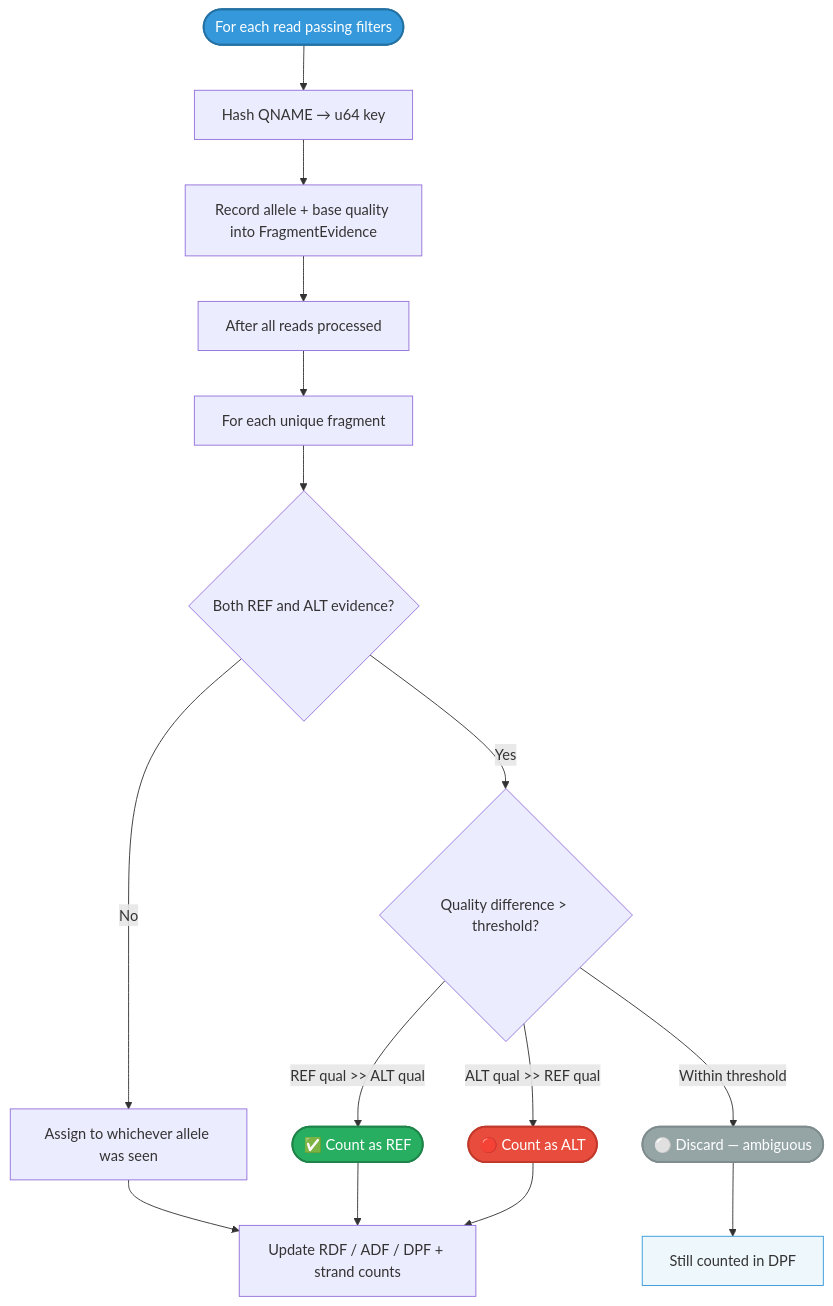
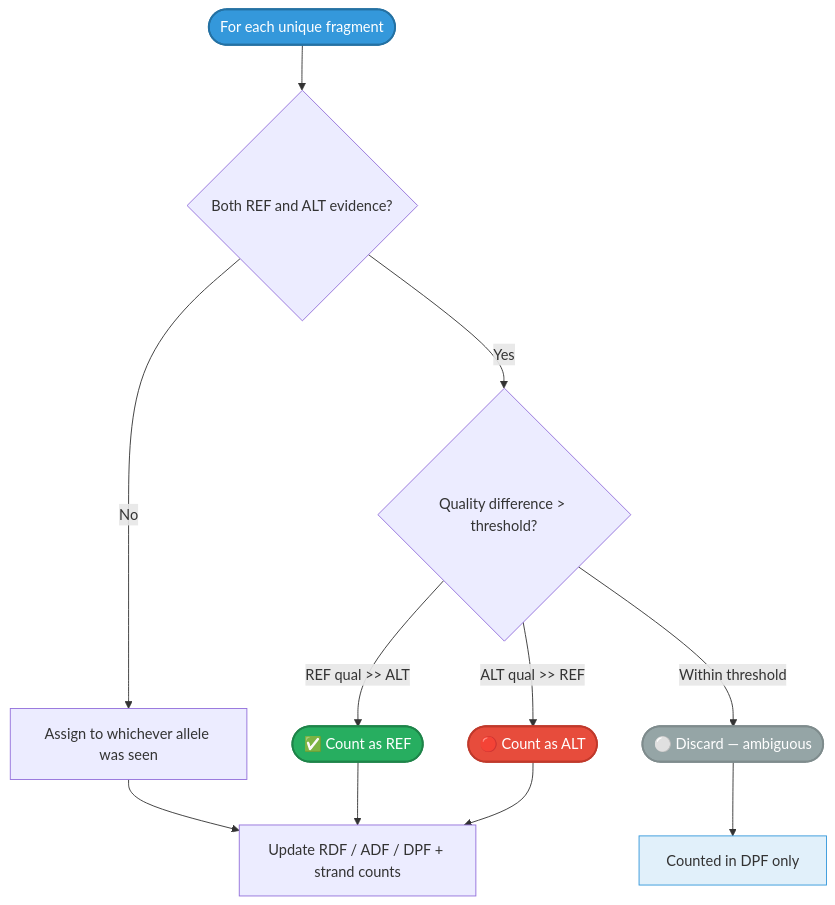
Before and after one commit to msk-access/gbcms: the fourth of 5 diagrams in docs/reference/counting-metrics.md, drawn with Mermaid. The commit also changed other lines of this file and 2 other files, not shown here.

First line of the commit message:
docs: batch 1+2 mermaid diagram improvements

````diff
--- a/docs/reference/counting-metrics.md
+++ b/docs/reference/counting-metrics.md
@@ -78,25 +106,20 @@
 ```mermaid
 flowchart TD
-    Start([For each read passing filters]):::start
-    Start --> Hash["Hash QNAME → u64 key"]
-    Hash --> Observe["Record allele + base quality into FragmentEvidence"]
-    Observe --> Done[After all reads processed]
-    Done --> ForEach[For each unique fragment]
-    ForEach --> HasBoth{Both REF and ALT evidence?}
-    HasBoth -->|No| Direct[Assign to whichever allele was seen]
+    ForEach(["For each unique fragment"]):::start --> HasBoth{"Both REF and ALT evidence?"}
+    HasBoth -->|No| Direct["Assign to whichever allele was seen"]
     HasBoth -->|Yes| QualCheck{"Quality difference > threshold?"}
-    QualCheck -->|"REF qual >> ALT qual"| Ref([✅ Count as REF]):::ref
-    QualCheck -->|"ALT qual >> REF qual"| Alt([🔴 Count as ALT]):::alt
-    QualCheck -->|"Within threshold"| Discard([⚪ Discard — ambiguous]):::discard
+    QualCheck -->|"REF qual >> ALT"| Ref(["✅ Count as REF"]):::ref
+    QualCheck -->|"ALT qual >> REF"| Alt(["🔴 Count as ALT"]):::alt
+    QualCheck -->|"Within threshold"| Discard(["⚪ Discard — ambiguous"]):::discard
     Direct --> Count
     Ref --> Count
     Alt --> Count
-    Discard --> DPF["Still counted in DPF"]:::info
-    Count[Update RDF / ADF / DPF + strand counts]
+    Discard --> DPF["Counted in DPF only"]:::info
+    Count["Update RDF / ADF / DPF + strand counts"]
 
     classDef start fill:#3498db,color:#fff,stroke:#2471a3,stroke-width:2px;
     classDef ref fill:#27ae60,color:#fff,stroke:#1e8449,stroke-width:2px;
     classDef alt fill:#e74c3c,color:#fff,stroke:#c0392b,stroke-width:2px;
     classDef discard fill:#95a5a6,color:#fff,stroke:#7f8c8d,stroke-width:2px;
-    classDef info fill:#3498db15,stroke:#3498db;
+    classDef info fill:#3498db25,stroke:#3498db;
 ```
````
